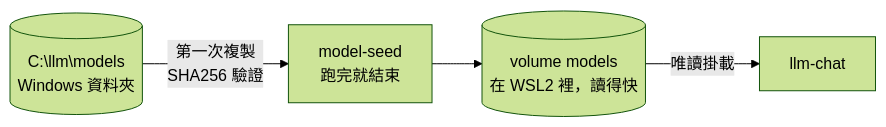
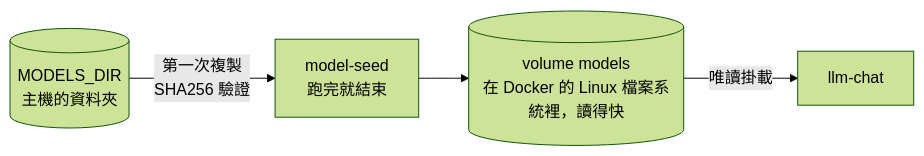
Before and after one commit to Anderson-chen/talkcal: the second of 5 diagrams in docs/architecture.md, drawn with Mermaid (forest theme). The commit also changed 11 other files, not shown here.

Commit message:
[feat] 模型路徑改成 MODELS_DIR，不再寫死 C:\llm\models（#49）

````diff
--- a/docs/architecture.md
+++ b/docs/architecture.md
@@ -32,6 +32,6 @@
 ```mermaid
 flowchart LR
-    src[("C:\llm\models<br/>Windows 資料夾")] -->|"第一次複製<br/>SHA256 驗證"| seed["model-seed<br/>跑完就結束"]
-    seed --> vol[("volume models<br/>在 WSL2 裡，讀得快")]
+    src[("MODELS_DIR<br/>主機的資料夾")] -->|"第一次複製<br/>SHA256 驗證"| seed["model-seed<br/>跑完就結束"]
+    seed --> vol[("volume models<br/>在 Docker 的 Linux 檔案系統裡，讀得快")]
     vol -->|"唯讀掛載"| llm["llm-chat"]
 ```
````
